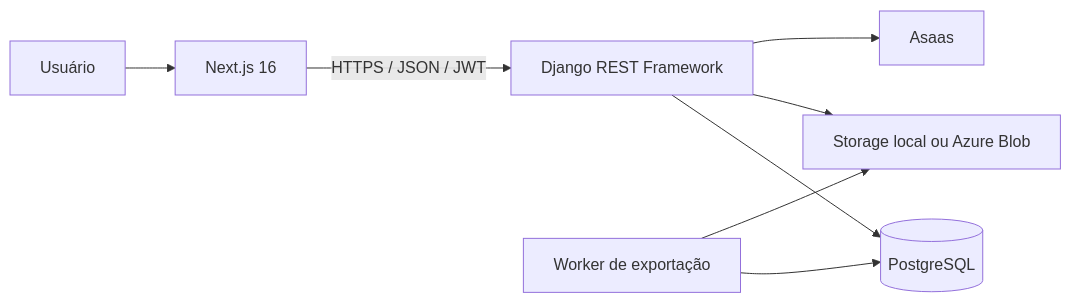
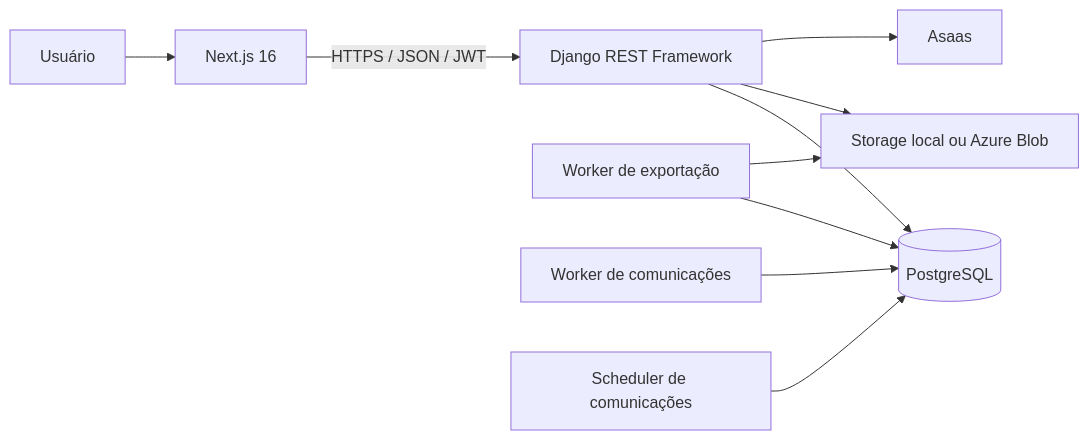
One commit to FlavioProgramador/EloTerapeutico changed the diagram in README.md. Above: the diagram before and after it, drawn with Mermaid. The commit also changed other lines of this file and 5 other files, not shown here.

````diff
--- a/README.md
+++ b/README.md
@@ -48,10 +49,12 @@
 ```mermaid
 flowchart LR
     U[Usuário] --> F[Next.js 16]
     F -->|HTTPS / JSON / JWT| A[Django REST Framework]
     A --> P[(PostgreSQL)]
     A --> S[Storage local ou Azure Blob]
     A --> G[Asaas]
     W[Worker de exportação] --> P
     W --> S
+    CW[Worker de comunicações] --> P
+    CS[Scheduler de comunicações] --> P
 ```
````
